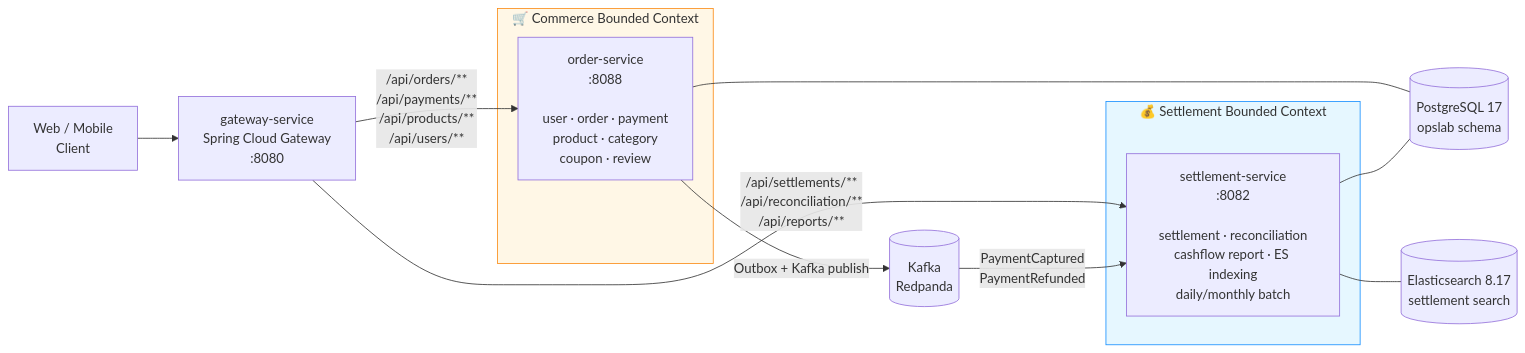
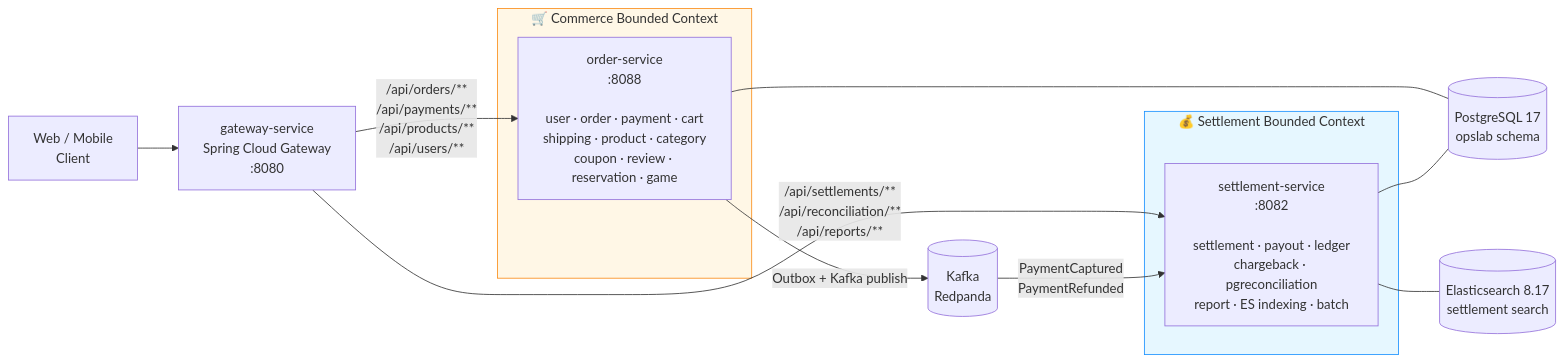
One commit to MyoungSoo7/settlement changed the diagram in README.md. Above: the diagram before and after it, drawn with Mermaid. The commit also changed other lines of this file and 353 other files, not shown here.

````diff
--- a/README.md
+++ b/README.md
@@ -33,26 +33,26 @@
 ```mermaid
 flowchart LR
     Client["Web / Mobile<br/>Client"] --> GW
     GW["gateway-service<br/>Spring Cloud Gateway<br/>:8080"]
 
     GW -->|/api/orders/**<br/>/api/payments/**<br/>/api/products/**<br/>/api/users/**| OS
     GW -->|/api/settlements/**<br/>/api/reconciliation/**<br/>/api/reports/**| SS
 
     subgraph commerce["🛒 Commerce Bounded Context"]
-        OS["order-service<br/>:8088<br/><br/>user · order · payment<br/>product · category<br/>coupon · review"]
+        OS["order-service<br/>:8088<br/><br/>user · order · payment · cart<br/>shipping · product · category<br/>coupon · review · reservation · game"]
     end
 
     subgraph settlement["💰 Settlement Bounded Context"]
-        SS["settlement-service<br/>:8082<br/><br/>settlement · reconciliation<br/>cashflow report · ES indexing<br/>daily/monthly batch"]
+        SS["settlement-service<br/>:8082<br/><br/>settlement · payout · ledger<br/>chargeback · pgreconciliation<br/>report · ES indexing · batch"]
     end
 
     OS -->|Outbox + Kafka publish| K[(Kafka<br/>Redpanda)]
     K -->|PaymentCaptured<br/>PaymentRefunded| SS
 
     OS --- PG[(PostgreSQL 17<br/>opslab schema)]
     SS --- PG
     SS --- ES[(Elasticsearch 8.17<br/>settlement search)]
 
     style commerce fill:#fff7e6,stroke:#fa8c16
     style settlement fill:#e6f7ff,stroke:#1890ff
 ```
````
